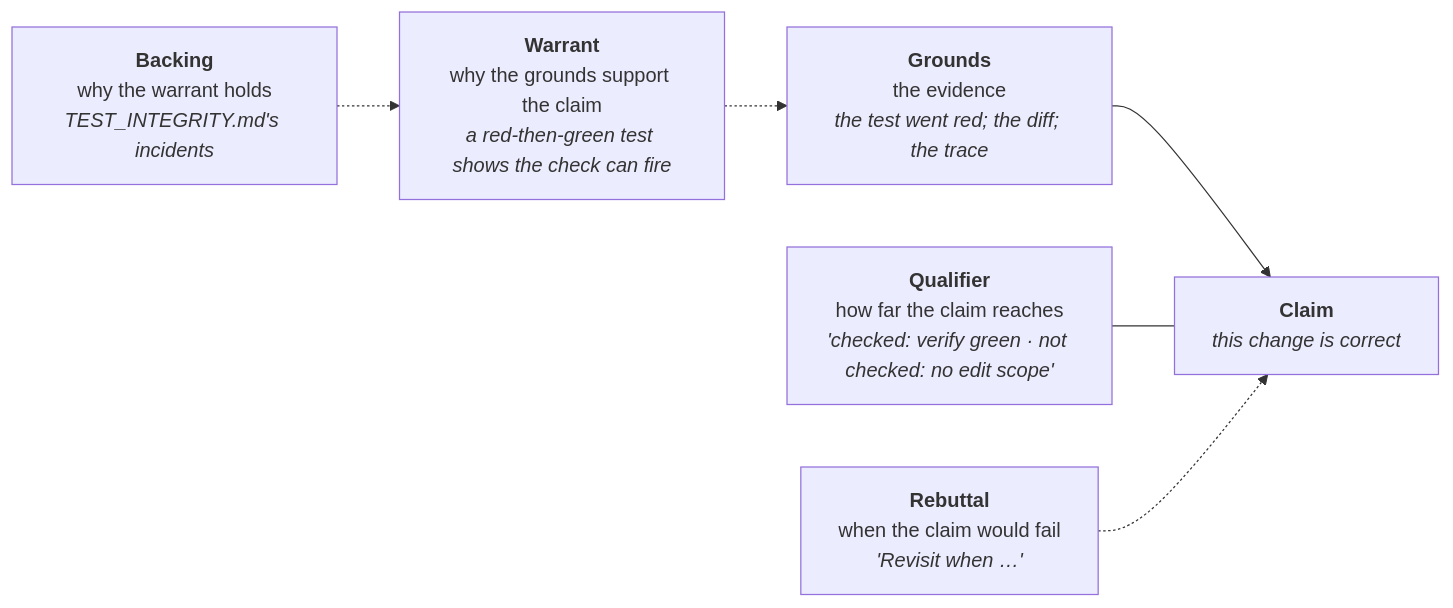
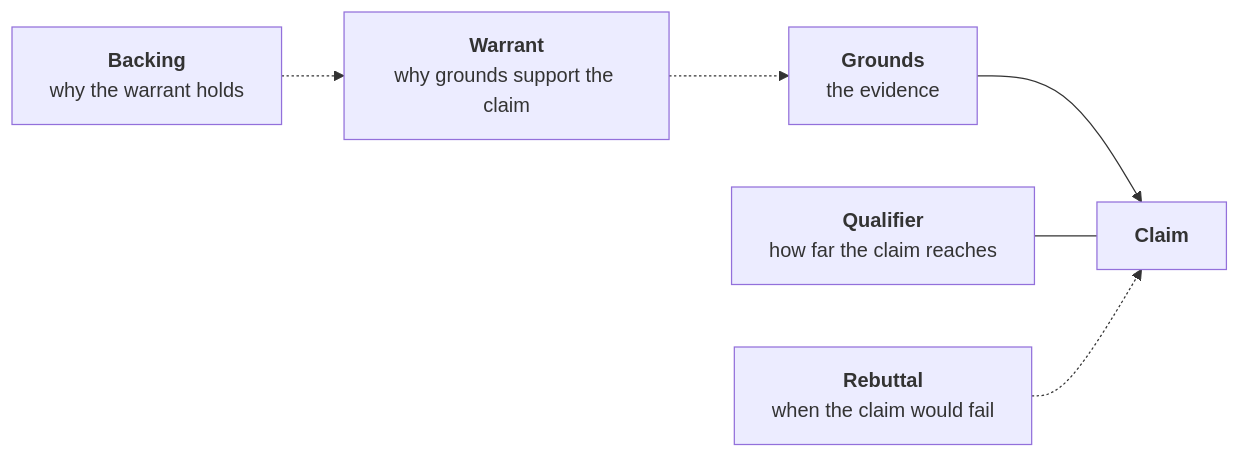
Before and after one commit to alexanderlarsdallmann/jichi: the diagram in docs/ARGUMENT.md, drawn with Mermaid. The commit also changed 983 other files, not shown here.

````diff
--- a/docs/ARGUMENT.md
+++ b/docs/ARGUMENT.md
@@ -16,8 +16,8 @@
 ```mermaid
 flowchart LR
-    G["<b>Grounds</b><br/>the evidence<br/><i>the test went red; the diff; the trace</i>"] --> C["<b>Claim</b><br/><i>this change is correct</i>"]
-    W["<b>Warrant</b><br/>why the grounds support the claim<br/><i>a red-then-green test shows the check can fire</i>"] -.-> G
-    B["<b>Backing</b><br/>why the warrant holds<br/><i>TEST_INTEGRITY.md's incidents</i>"] -.-> W
-    Q["<b>Qualifier</b><br/>how far the claim reaches<br/><i>'checked: verify green · not checked: no edit scope'</i>"] --- C
-    R["<b>Rebuttal</b><br/>when the claim would fail<br/><i>'Revisit when …'</i>"] -.-> C
+    G["<b>Grounds</b><br/>the evidence"] --> C["<b>Claim</b>"]
+    W["<b>Warrant</b><br/>why grounds support the claim"] -.-> G
+    B["<b>Backing</b><br/>why the warrant holds"] -.-> W
+    Q["<b>Qualifier</b><br/>how far the claim reaches"] --- C
+    R["<b>Rebuttal</b><br/>when the claim would fail"] -.-> C
 ```
````
